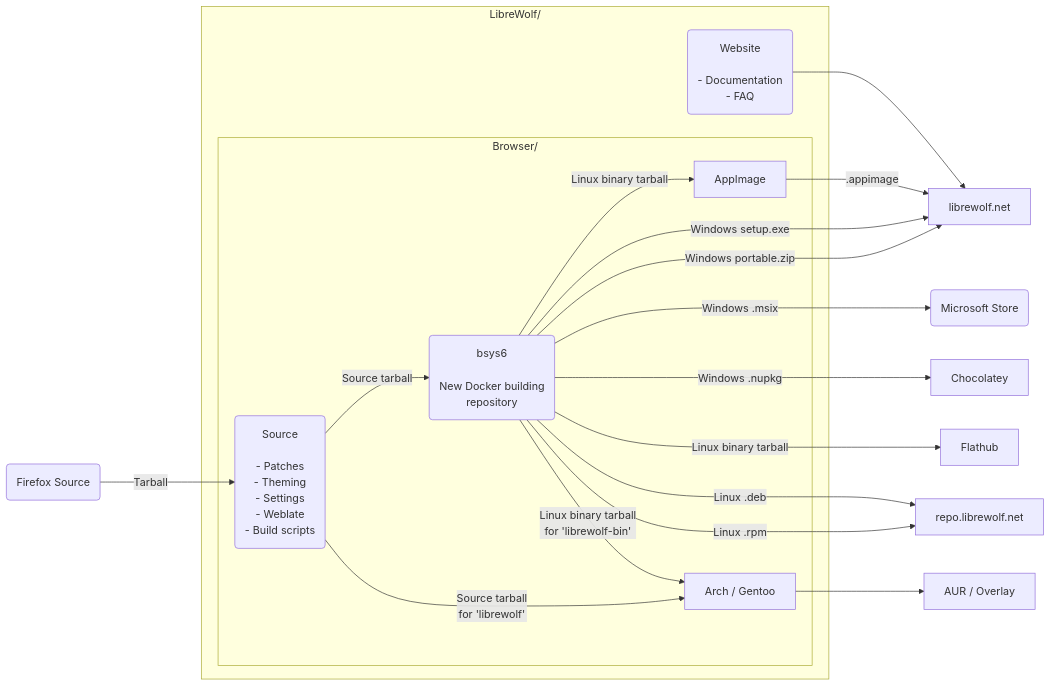
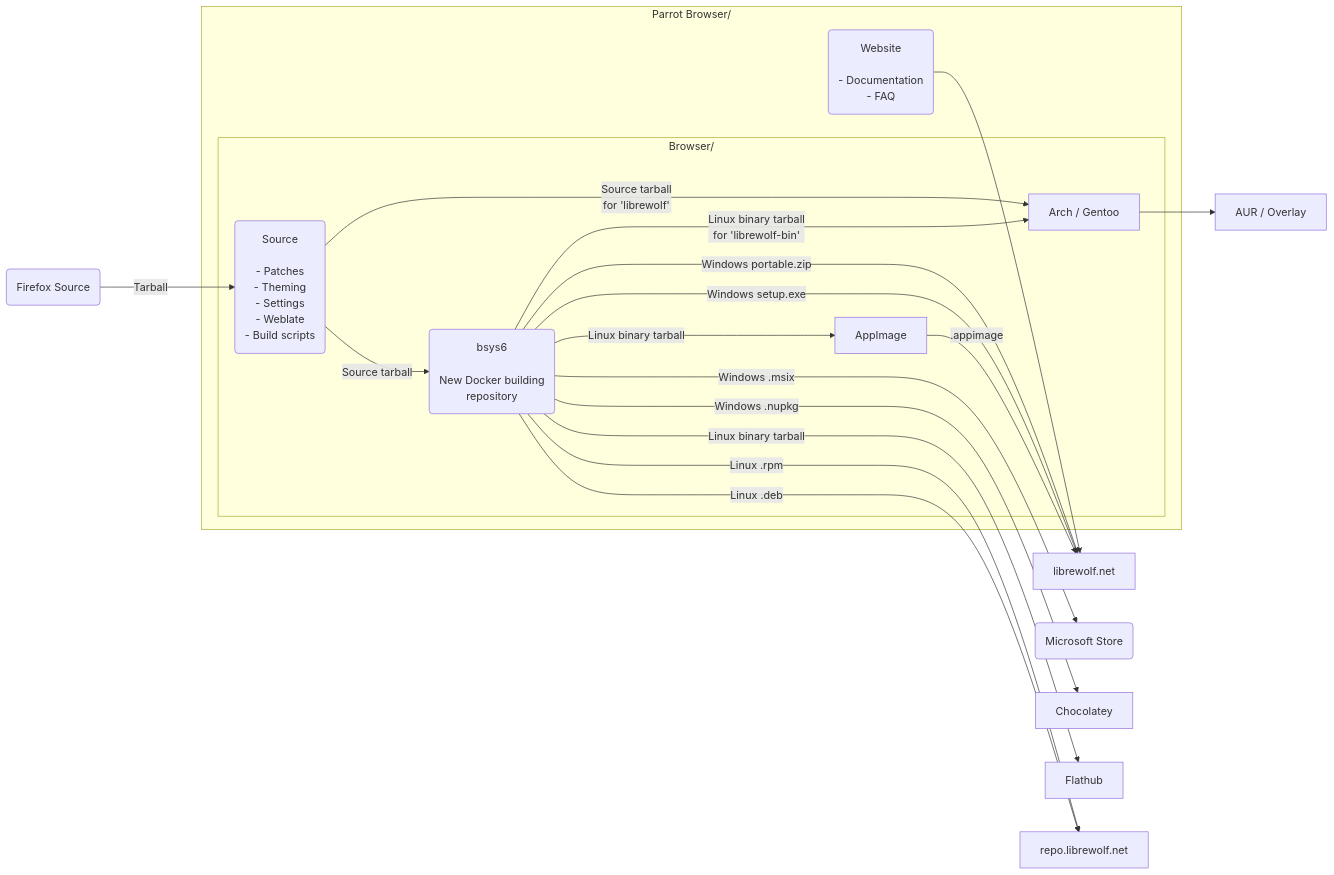
The diagram in README.md (BentendoYT/Parrot-Browser), drawn with Mermaid before and after one commit. The commit also changed other lines of this file, not shown here.

Commit message:
Parrot branding

````diff
--- a/README.md
+++ b/README.md
@@ -17,30 +17,30 @@
 ```mermaid
 graph LR
     FFSRC(Firefox Source)
 
     FFSRC--Tarball--->Source
 
-    subgraph LibreWolf/
+    subgraph Parrot Browser/
     Website(Website<br><br>- Documentation<br>- FAQ)
     subgraph Browser/
         Source(Source<br><br>- Patches<br>- Theming<br>- Settings<br>- Weblate<br>- Build scripts)
         bsys6(bsys6<br><br>New Docker building<br>repository)
         AppImage
         ArchGentoo["Arch / Gentoo"]
     end
     end
     Website-->librewolf.net
     Source--"Source tarball"-->bsys6
     AppImage--".appimage"-->librewolf.net
-    bsys6--"Windows setup.exe"--->librewolf.net
-    bsys6--"Windows portable.zip"--->librewolf.net
-    bsys6--"Windows .msix"--->MS("Microsoft Store")
-    bsys6--"Windows .nupkg"--->Chocolatey
-    bsys6--"Linux binary tarball"--->Flathub
+    bsys6--"Windows setup.exe"---->librewolf.net
+    bsys6--"Windows portable.zip"---->librewolf.net
+    bsys6--"Windows .msix"---->MS("Microsoft Store")
+    bsys6--"Windows .nupkg"---->Chocolatey
+    bsys6--"Linux binary tarball"---->Flathub
     bsys6--"Linux binary tarball"--> AppImage
-    bsys6--"Linux .deb"--->repo.librewolf.net
-    bsys6--"Linux .rpm"--->repo.librewolf.net
-    bsys6--"Linux binary tarball<br>for 'librewolf-bin'"--> ArchGentoo
-    Source--"Source tarball<br>for 'librewolf'"-->ArchGentoo
+    bsys6--"Linux .deb"---->repo.librewolf.net
+    bsys6--"Linux .rpm"---->repo.librewolf.net
+    bsys6--"Linux binary tarball<br>for 'librewolf-bin'"---->ArchGentoo
+    Source--"Source tarball<br>for 'librewolf'"---->ArchGentoo
     ArchGentoo-->AUR_Overlay["AUR / Overlay"]
 ```
````
